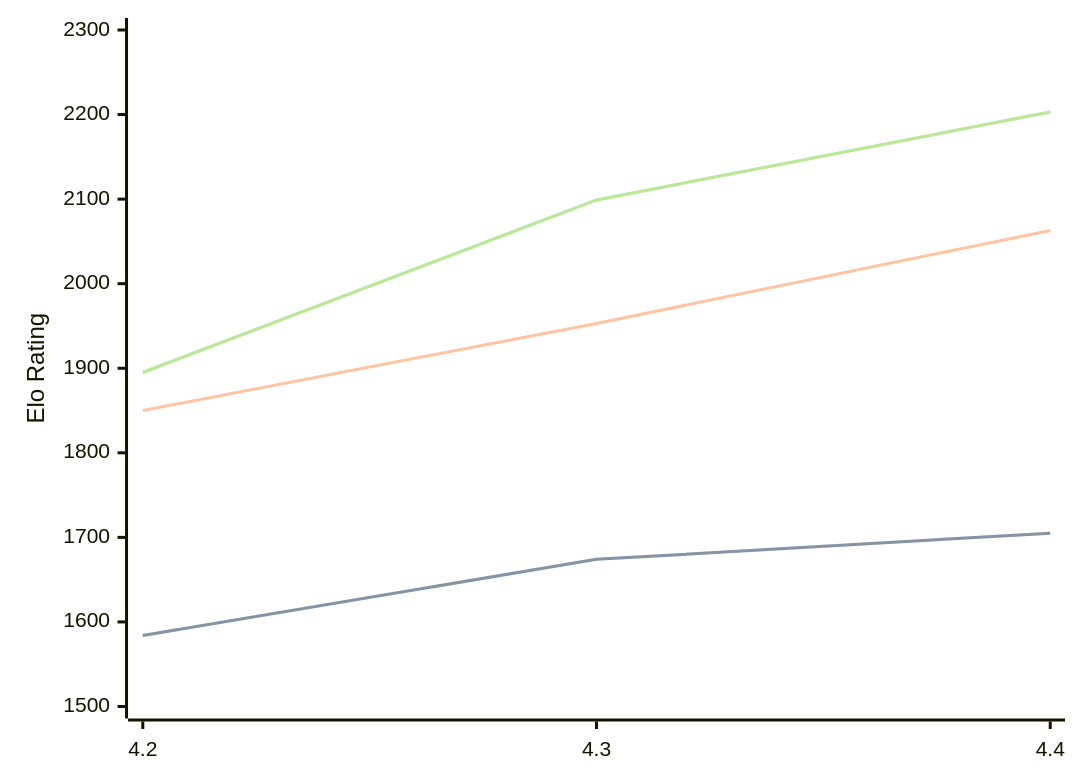
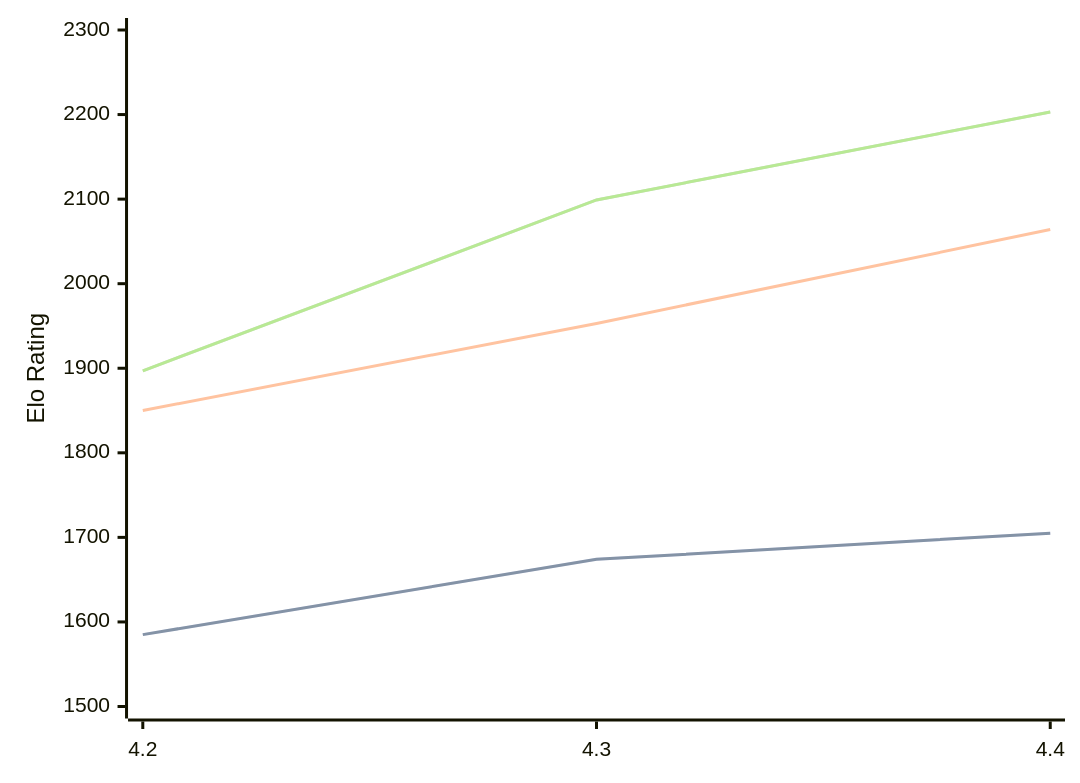
The diagram in engines/Radiance.md (computer-chess-index/cci), drawn with Mermaid before and after one commit. The commit also changed other lines of this file, not shown here.

Commit message:
Update CCI Ratings (ELO VLTC) - 2026-09-14

````diff
--- a/engines/Radiance.md
+++ b/engines/Radiance.md
@@ -33,11 +33,11 @@
 ```mermaid
 %%{init: {"theme":"base","themeVariables":{"seriesColors:['#a3a3a3','#222221','#faa371']}}}%%
 xychart-beta
   x-axis ["4.2", "4.3", "4.4"]
   y-axis "Elo Rating" 1500 --> 2300
-  line "" [1584, 1674, 1705]
-  line "STC (8.0+0.08s)" [1584, 1674, 1705]
-  line "LTC (60.0+0.60s)" [1850, 1953, 2063]
-  line "" [1895, 2099, 2203]
-  line "VLTC (2m24s+1.12s)" [1895, 2099, 2203]
+  line "" [1585, 1674, 1705]
+  line "STC (8.0+0.08s)" [1585, 1674, 1705]
+  line "LTC (60.0+0.60s)" [1850, 1953, 2064]
+  line "" [1897, 2099, 2203]
+  line "VLTC (2m24s+1.12s)" [1897, 2099, 2203]
 ```
````
